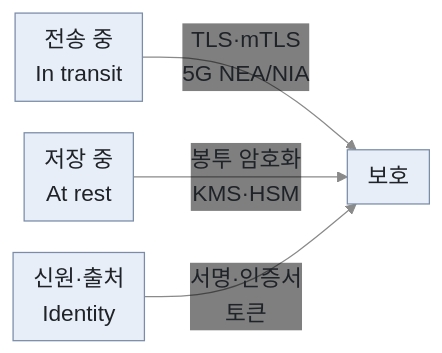
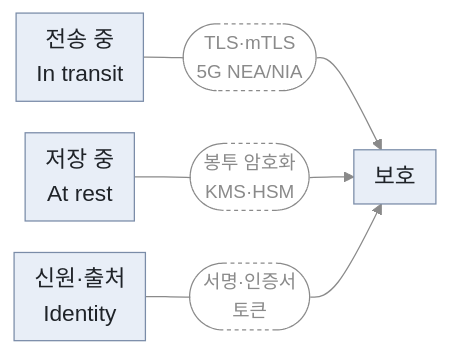
One commit to secututor/security-knowledge-base changed the diagram in security-fundamentals/cryptography/cryptography-in-practice.md. Above: the diagram before and after it, drawn with Mermaid. The commit also changed 27 other files, not shown here.

Commit message:
docs: Mermaid 설명형 화살표 라벨을 보조 노드로 분리, 짧은 라벨 상자 복원

````diff
--- a/security-fundamentals/cryptography/cryptography-in-practice.md
+++ b/security-fundamentals/cryptography/cryptography-in-practice.md
@@ -31,7 +31,9 @@
 ```mermaid
-%%{init: {"theme": "base", "themeVariables": {"fontSize": "18px", "primaryColor": "#e8eef7", "primaryTextColor": "#1f2328", "primaryBorderColor": "#7a8ca8", "secondaryColor": "#eef1f5", "tertiaryColor": "#f5f7fa", "lineColor": "#8a8a8a", "edgeLabelBackground": "transparent", "textColor": "#8a8a8a", "transitionLabelColor": "#8a8a8a", "clusterBkg": "#f5f7fa", "clusterBorder": "#7a8ca8", "actorBkg": "#e8eef7", "actorBorder": "#7a8ca8", "actorTextColor": "#1f2328", "actorLineColor": "#8a8a8a", "signalColor": "#8a8a8a", "signalTextColor": "#8a8a8a", "noteBkgColor": "#fff8dc", "noteTextColor": "#1f2328", "noteBorderColor": "#c9b458"}, "flowchart": {"nodeSpacing": 25, "rankSpacing": 60, "padding": 8}, "sequence": {"width": 110, "height": 40, "boxMargin": 6, "noteMargin": 6, "actorMargin": 40}}}%%
+%%{init: {"theme": "base", "themeVariables": {"fontSize": "18px", "primaryColor": "#e8eef7", "primaryTextColor": "#1f2328", "primaryBorderColor": "#7a8ca8", "secondaryColor": "#eef1f5", "tertiaryColor": "#f5f7fa", "lineColor": "#8a8a8a", "edgeLabelBackground": "#eef1f5", "clusterBkg": "#f5f7fa", "clusterBorder": "#7a8ca8", "actorBkg": "#e8eef7", "actorBorder": "#7a8ca8", "actorTextColor": "#1f2328", "actorLineColor": "#8a8a8a", "signalColor": "#8a8a8a", "signalTextColor": "#8a8a8a", "noteBkgColor": "#fff8dc", "noteTextColor": "#1f2328", "noteBorderColor": "#c9b458"}, "flowchart": {"nodeSpacing": 25, "rankSpacing": 30, "padding": 8}, "sequence": {"width": 110, "height": 40, "boxMargin": 6, "noteMargin": 6, "actorMargin": 40}}}%%
 flowchart LR
-    T["전송 중<br>In transit"] -->|"TLS·mTLS<br>5G NEA/NIA"| P1["보호"]
-    R["저장 중<br>At rest"] -->|"봉투 암호화<br>KMS·HSM"| P1
-    I["신원·출처<br>Identity"] -->|"서명·인증서<br>토큰"| P1
+    T["전송 중<br>In transit"] --- T1(["TLS·mTLS<br>5G NEA/NIA"]) --> P1["보호"]
+    R["저장 중<br>At rest"] --- R1(["봉투 암호화<br>KMS·HSM"]) --> P1
+    I["신원·출처<br>Identity"] --- I1(["서명·인증서<br>토큰"]) --> P1
+    classDef aux fill:transparent,stroke:#8a8a8a,stroke-dasharray:3 3,color:#8a8a8a,font-size:15px
+    class T1,R1,I1 aux
 ```
````
